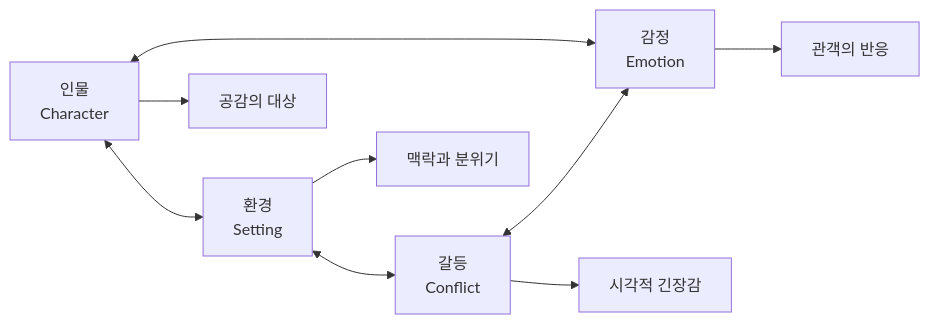
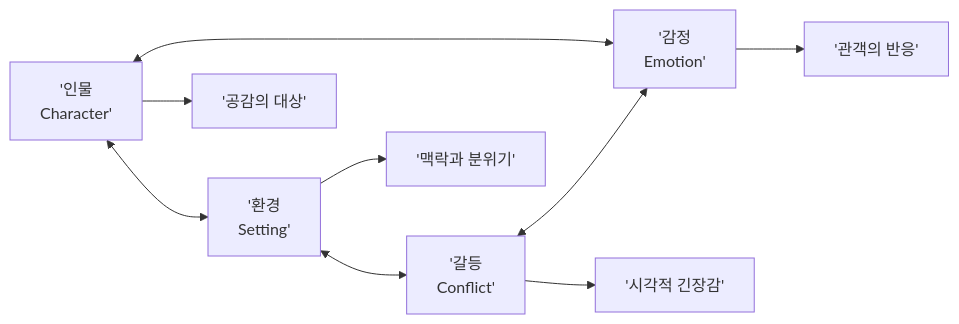
One commit to jsonpassion/forge-tutorial-promptcanvas changed the second of 3 diagrams in 11-ch11-시각적-스토리텔링과-감정-전달/01-01-시각적-스토리텔링의-원리.md. Above: the diagram before and after it, drawn with Mermaid. The commit also changed other lines of this file and 63 other files, not shown here.

````diff
--- a/11-ch11-시각적-스토리텔링과-감정-전달/01-01-시각적-스토리텔링의-원리.md
+++ b/11-ch11-시각적-스토리텔링과-감정-전달/01-01-시각적-스토리텔링의-원리.md
@@ -76,11 +52,11 @@
 ```mermaid
 flowchart LR
-    A["인물<br/>Character"] <--> B["환경<br/>Setting"]
-    B <--> C["갈등<br/>Conflict"]
-    C <--> D["감정<br/>Emotion"]
+    A['인물<br/>Character'] <--> B['환경<br/>Setting']
+    B <--> C['갈등<br/>Conflict']
+    C <--> D['감정<br/>Emotion']
     D <--> A
-    A --> E["공감의 대상"]
-    B --> F["맥락과 분위기"]
-    C --> G["시각적 긴장감"]
-    D --> H["관객의 반응"]
+    A --> E['공감의 대상']
+    B --> F['맥락과 분위기']
+    C --> G['시각적 긴장감']
+    D --> H['관객의 반응']
 ```
````
